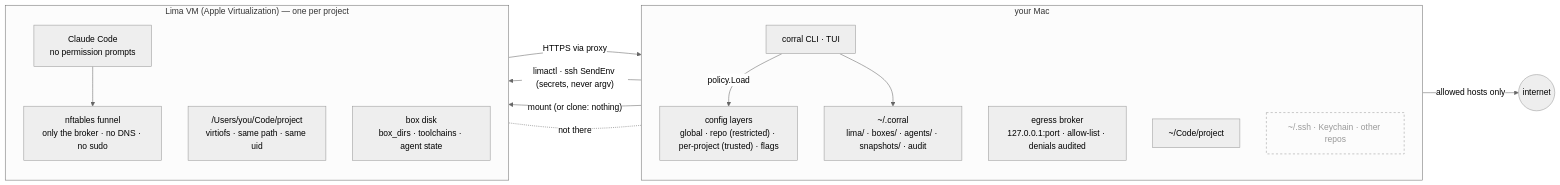
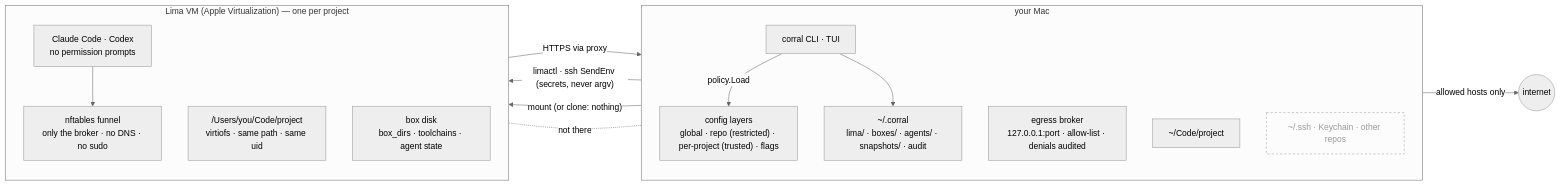
One commit to corral-sh/corral changed the first of 2 diagrams in README.md. Above: the diagram before and after it, drawn with Mermaid (neutral theme). The commit also changed other lines of this file and 27 other files, not shown here.

First line of the commit message:
Codex CLI (OpenAI) as a second agent; `agents` selects what a box installs (#46) (#47)

````diff
--- a/README.md
+++ b/README.md
@@ -45,27 +45,27 @@
 ```mermaid
 flowchart LR
     subgraph mac["your Mac"]
         direction TB
         cli["corral CLI · TUI"]
         cfg["config layers<br/>global · repo (restricted) · per-project (trusted) · flags"]
         broker["egress broker<br/>127.0.0.1:port · allow-list · denials audited"]
         state["~/.corral<br/>lima/ · boxes/ · agents/ · snapshots/ · audit"]
         proj["~/Code/project"]
         keys["~/.ssh · Keychain · other repos"]
     end
     subgraph vm["Lima VM (Apple Virtualization) — one per project"]
         direction TB
-        agent["Claude Code<br/>no permission prompts"]
+        agent["Claude Code · Codex<br/>no permission prompts"]
         mount["/Users/you/Code/project<br/>virtiofs · same path · same uid"]
         local["box disk<br/>box_dirs · toolchains · agent state"]
         nft["nftables funnel<br/>only the broker · no DNS · no sudo"]
     end
     cli -- "policy.Load" --> cfg
     cli -- "limactl · ssh SendEnv (secrets, never argv)" --> agent
     proj -- "mount (or clone: nothing)" --> mount
     agent --> nft -- "HTTPS via proxy" --> broker -- "allowed hosts only" --> internet(("internet"))
     cli --> state
     keys -. "not there" .- vm
     classDef off fill:none,stroke:#999,stroke-dasharray: 4 4,color:#999
     class keys off
 ```
````
